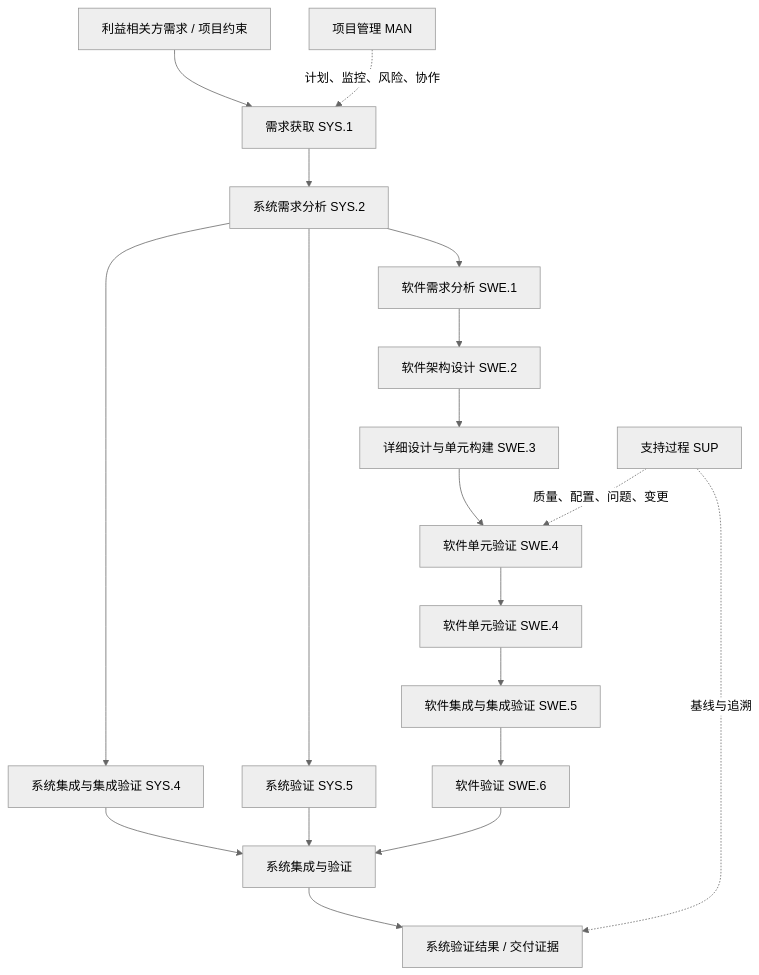
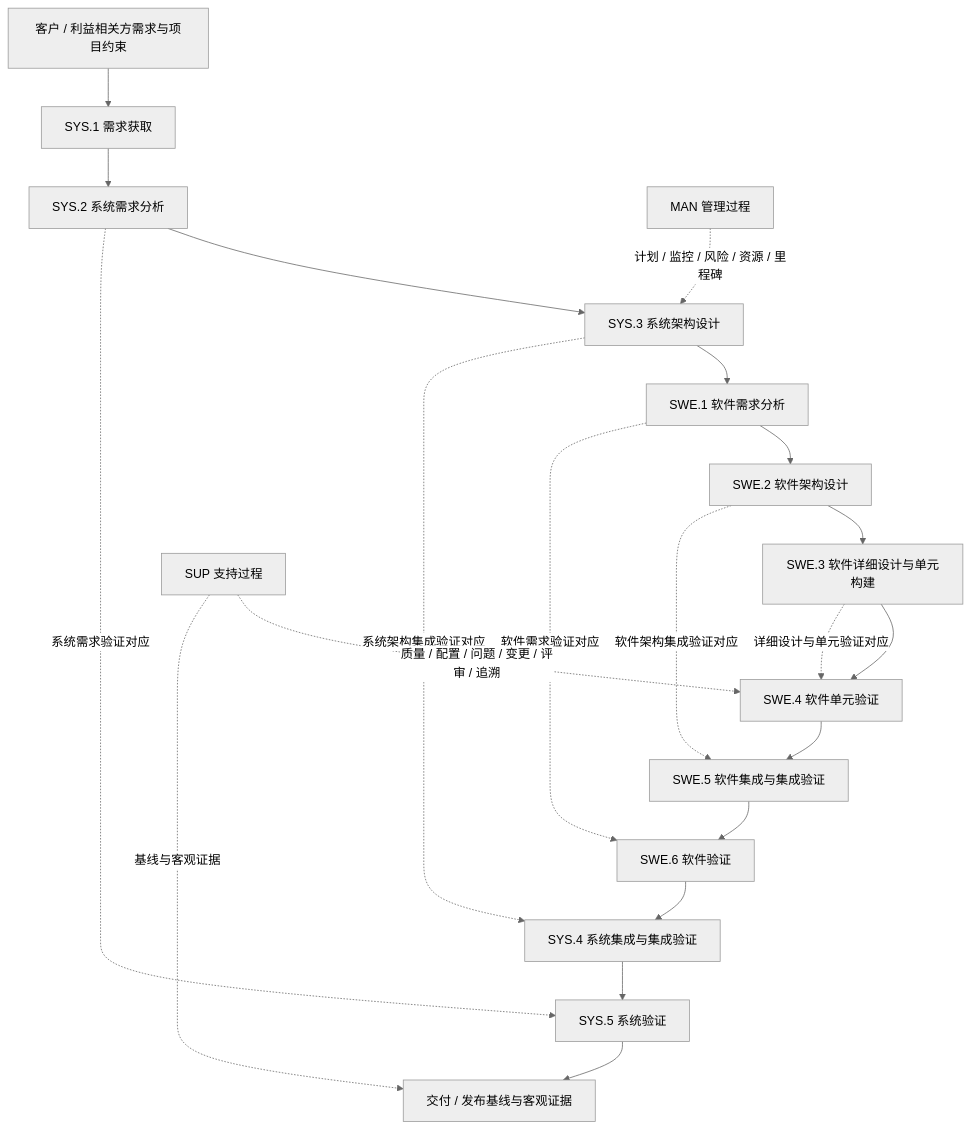
Before and after one commit to xp598008AI/knowledgebase: the diagram in 03-工程开发方法/ASPICE/ASPICE流程实践指南.md, drawn with Mermaid (neutral theme). The commit also changed other lines of this file, not shown here.

Commit message:
fix: align ASPICE guide with corrected V-model mappings

````diff
--- a/03-工程开发方法/ASPICE/ASPICE流程实践指南.md
+++ b/03-工程开发方法/ASPICE/ASPICE流程实践指南.md
@@ -33,21 +45,25 @@
 ```mermaid
-flowchart TD
-    A[利益相关方需求 / 项目约束] --> B[需求获取 SYS.1]
-    B --> C[系统需求分析 SYS.2]
-    C --> D[系统集成与集成验证 SYS.4]
-    C --> E[系统验证 SYS.5]
-    C --> F[软件需求分析 SWE.1]
-    F --> G[软件架构设计 SWE.2]
-    G --> H[详细设计与单元构建 SWE.3]
-    H --> I[软件单元验证 SWE.4]
-    I --> J[软件单元验证 SWE.4]
-    J --> K[软件集成与集成验证 SWE.5]
-    K --> L[软件验证 SWE.6]
-    D --> M[系统集成与验证]
-    E --> M
-    L --> M
-    M --> N[系统验证结果 / 交付证据]
-    P[项目管理 MAN] -.计划、监控、风险、协作.-> B
-    Q[支持过程 SUP] -.质量、配置、问题、变更.-> I
-    Q -.基线与追溯.-> N
+flowchart TB
+    A[客户 / 利益相关方需求与项目约束] --> B[SYS.1 需求获取]
+    B --> C[SYS.2 系统需求分析]
+    C --> D[SYS.3 系统架构设计]
+    D --> E[SWE.1 软件需求分析]
+    E --> F[SWE.2 软件架构设计]
+    F --> G[SWE.3 软件详细设计与单元构建]
+    G --> H[SWE.4 软件单元验证]
+    H --> I[SWE.5 软件集成与集成验证]
+    I --> J[SWE.6 软件验证]
+    J --> K[SYS.4 系统集成与集成验证]
+    K --> L[SYS.5 系统验证]
+    L --> M[交付 / 发布基线与客观证据]
+
+    C -.系统需求验证对应.-> L
+    D -.系统架构集成验证对应.-> K
+    E -.软件需求验证对应.-> J
+    F -.软件架构集成验证对应.-> I
+    G -.详细设计与单元验证对应.-> H
+
+    MAN[MAN 管理过程] -.计划 / 监控 / 风险 / 资源 / 里程碑.-> D
+    SUP[SUP 支持过程] -.质量 / 配置 / 问题 / 变更 / 评审 / 追溯.-> H
+    SUP -.基线与客观证据.-> M
 ```
````
